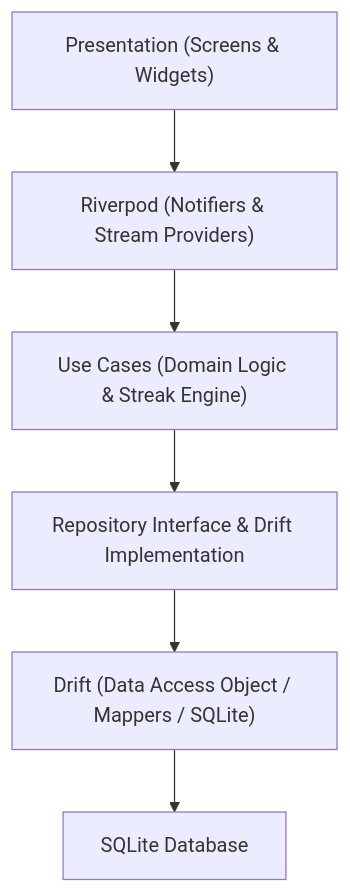
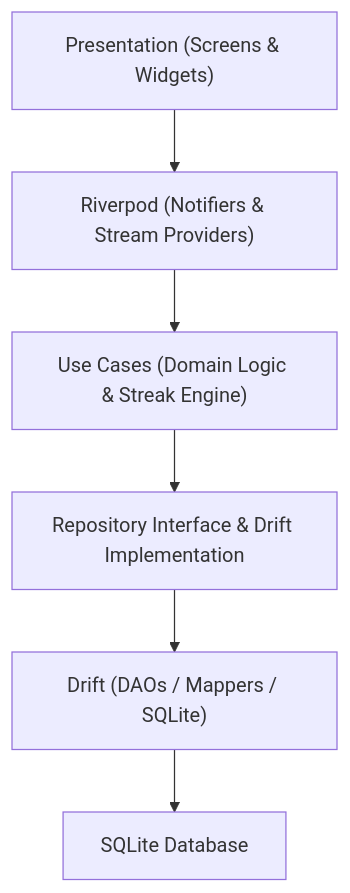
The diagram in README.md (Kartavvya07/Habit-Tracker), drawn with Mermaid before and after one commit. The commit also changed other lines of this file and 2 other files, not shown here.

````diff
--- a/README.md
+++ b/README.md
@@ -44,15 +47,15 @@
 ```mermaid
 graph TD
     Presentation["Presentation (Screens & Widgets)"]
     Riverpod["Riverpod (Notifiers & Stream Providers)"]
     UseCases["Use Cases (Domain Logic & Streak Engine)"]
     Repository["Repository Interface & Drift Implementation"]
-    Drift["Drift (Data Access Object / Mappers / SQLite)"]
+    Drift["Drift (DAOs / Mappers / SQLite)"]
     SQLite["SQLite Database"]
 
     Presentation --> Riverpod
     Riverpod --> UseCases
     UseCases --> Repository
     Repository --> Drift
     Drift --> SQLite
 ```
````
